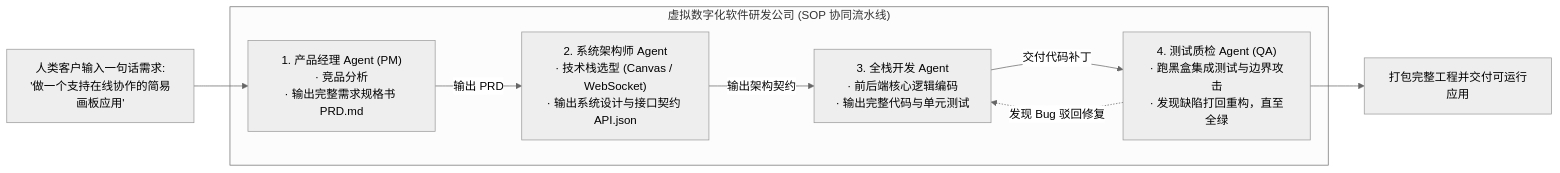
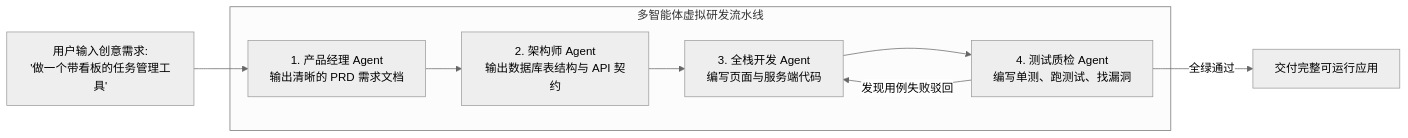
Before and after one commit to ljh12138164/ai-agent-study: the first of 2 diagrams in app/ch10-multi-agent/03-software-company-simulation/page.mdx, drawn with Mermaid (neutral theme). The commit also changed other lines of this file and 43 other files, not shown here.

````diff
--- a/app/ch10-multi-agent/03-software-company-simulation/page.mdx
+++ b/app/ch10-multi-agent/03-software-company-simulation/page.mdx
@@ -18,21 +13,14 @@
 ```mermaid
-graph LR
-    User["人类客户输入一句话需求:<br/>'做一个支持在线协作的简易画板应用'"] --> PM
+flowchart LR
+    User["用户输入创意需求:<br/>'做一个带看板的任务管理工具'"] --> PM
     
-    subgraph VirtualSoftwareCompany["虚拟数字化软件研发公司 (SOP 协同流水线)"]
-        PM["1. 产品经理 Agent (PM)<br/>· 竞品分析<br/>· 输出完整需求规格书 PRD.md"]
-        
-        Architect["2. 系统架构师 Agent<br/>· 技术栈选型 (Canvas / WebSocket)<br/>· 输出系统设计与接口契约 API.json"]
-        
-        Engineer["3. 全栈开发 Agent<br/>· 前后端核心逻辑编码<br/>· 输出完整代码与单元测试"]
-        
-        QA["4. 测试质检 Agent (QA)<br/>· 跑黑盒集成测试与边界攻击<br/>· 发现缺陷打回重构，直至全绿"]
-        
-        PM -->|输出 PRD| Architect
-        Architect -->|输出架构契约| Engineer
-        Engineer -->|交付代码补丁| QA
-        QA -.->|发现 Bug 驳回修复| Engineer
+    subgraph DevTeam["多智能体虚拟研发流水线"]
+        PM["1. 产品经理 Agent<br/>输出清晰的 PRD 需求文档"]
+        --> Arch["2. 架构师 Agent<br/>输出数据库表结构与 API 契约"]
+        --> Dev["3. 全栈开发 Agent<br/>编写页面与服务端代码"]
+        --> QA["4. 测试质检 Agent<br/>编写单测、跑测试、找漏洞"]
     end
     
-    QA --> Delivery["打包完整工程并交付可运行应用"]
+    QA -->|发现用例失败驳回| Dev
+    QA -->|全绿通过| Done["交付完整可运行应用"]
 ```
````
